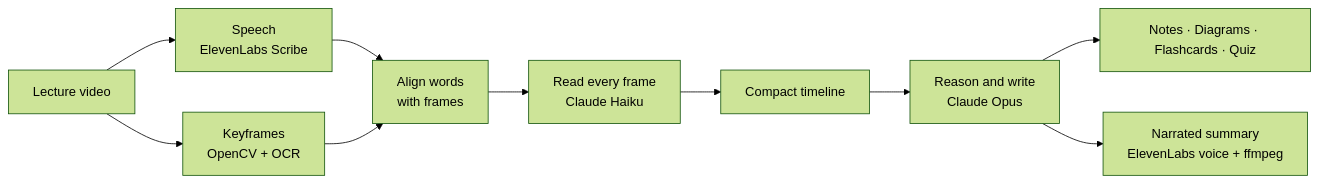
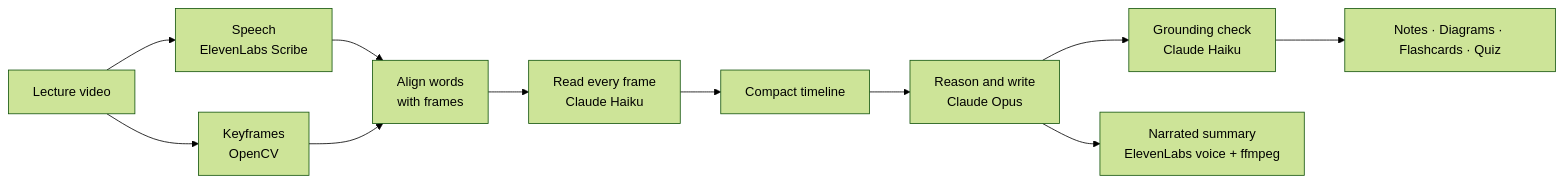
The diagram in README.md (Devanshi-cmd/engram), drawn with Mermaid (forest theme) before and after one commit. The commit also changed other lines of this file and 32 other files, not shown here.

First line of the commit message:
M4: chapters, notes, diagrams, flashcards and quiz, every item anchored and checked

````diff
--- a/README.md
+++ b/README.md
@@ -13,12 +13,13 @@
 ```mermaid
 flowchart LR
   V[Lecture video] --> A[Speech<br/>ElevenLabs Scribe]
-  V --> F[Keyframes<br/>OpenCV + OCR]
+  V --> F[Keyframes<br/>OpenCV]
   A --> S[Align words<br/>with frames]
   F --> S
   S --> H[Read every frame<br/>Claude Haiku]
   H --> T[Compact timeline]
   T --> O[Reason and write<br/>Claude Opus]
-  O --> N[Notes · Diagrams · Flashcards · Quiz]
+  O --> G[Grounding check<br/>Claude Haiku]
+  G --> N[Notes · Diagrams · Flashcards · Quiz]
   O --> R[Narrated summary<br/>ElevenLabs voice + ffmpeg]
 ```
````
